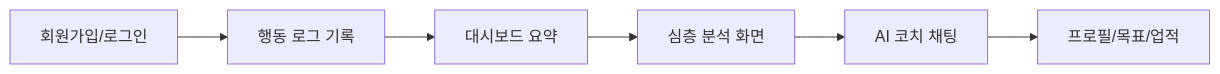
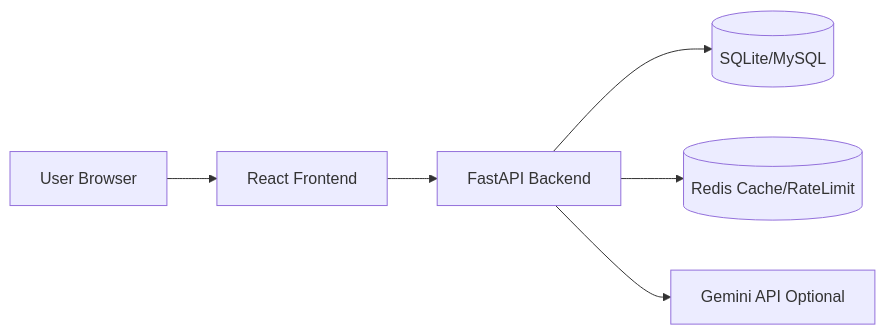
One commit to heewonn09/Mini_ChatBot changed the diagram in README.md. Above: the diagram before and after it, drawn with Mermaid. The commit also changed other lines of this file and 21 other files, not shown here.

Commit message:
Expand README with architecture diagram and deployment checklist

````diff
--- a/README.md
+++ b/README.md
@@ -113,8 +72,8 @@
 ```mermaid
 flowchart LR
-    A[회원가입/로그인] --> B[행동 로그 기록]
-    B --> C[대시보드 요약]
-    C --> D[심층 분석 화면]
-    D --> E[AI 코치 채팅]
-    E --> F[프로필/목표/업적]
+  U[User Browser] --> F[React Frontend]
+  F --> B[FastAPI Backend]
+  B --> DB[(SQLite/MySQL)]
+  B --> R[(Redis Cache/RateLimit)]
+  B --> AI[Gemini API Optional]
 ```
````
